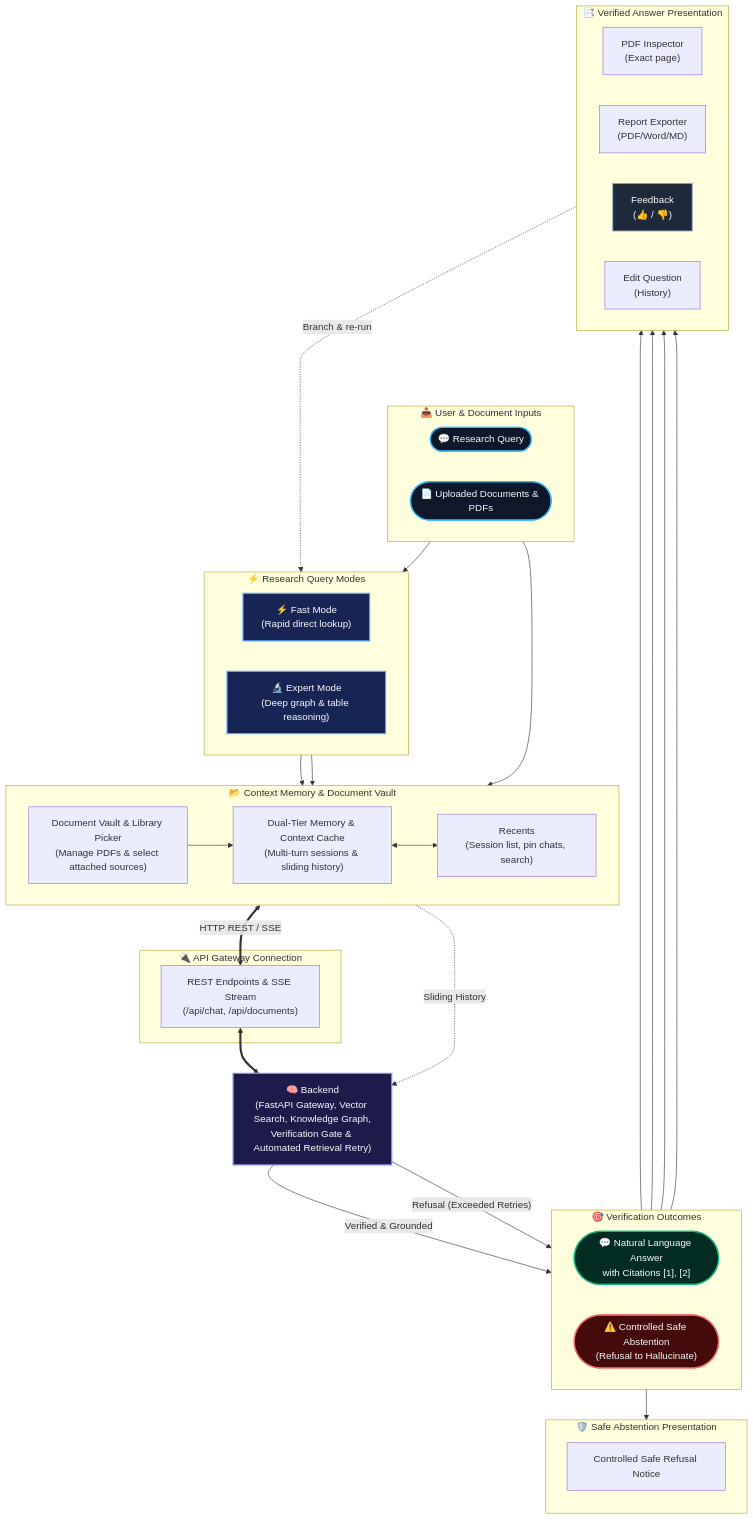
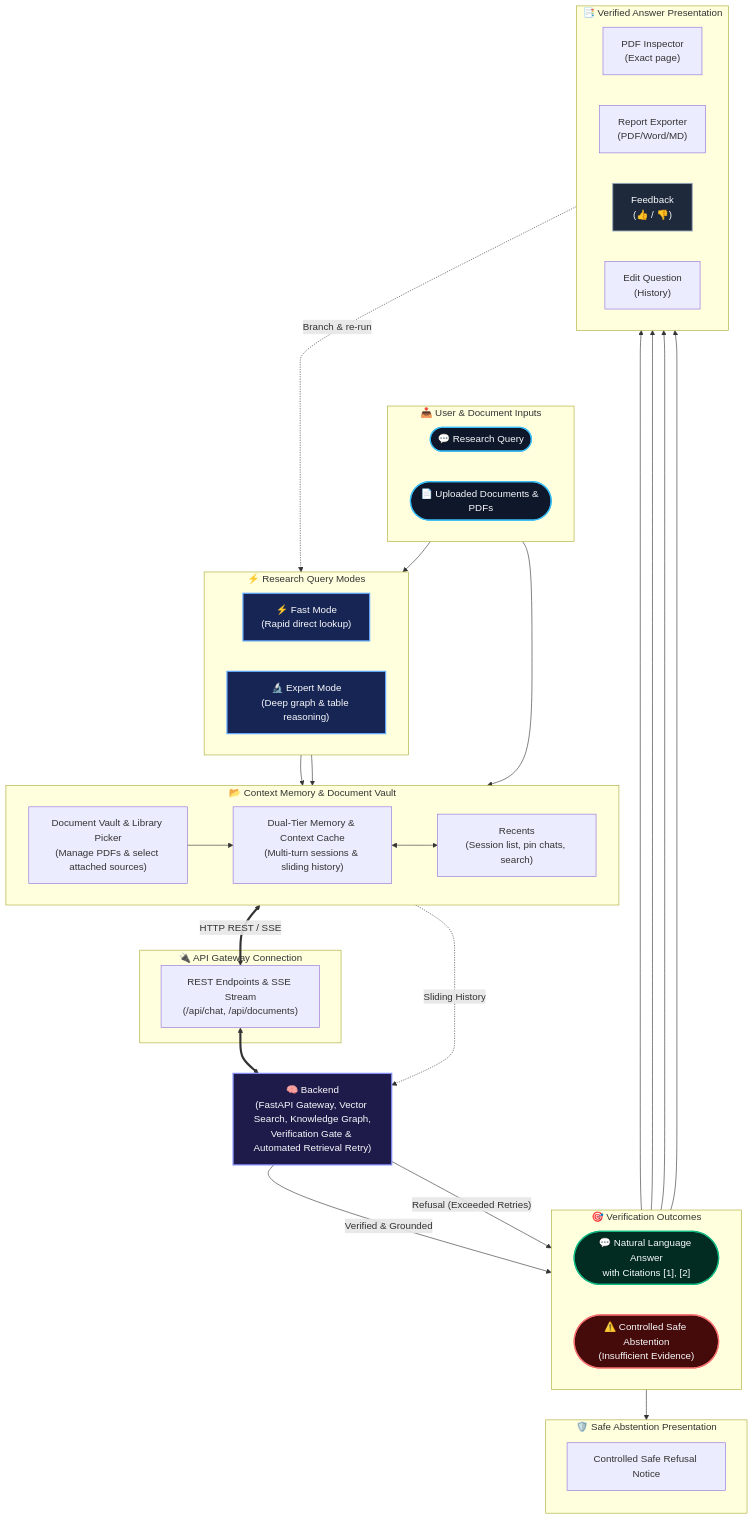
One commit to semanticClimate/RAISE changed the diagram in README.md. Above: the diagram before and after it, drawn with Mermaid. The commit also changed other lines of this file and 40 other files, not shown here.

```diff
--- a/README.md
+++ b/README.md
@@ -44,7 +44,7 @@
     subgraph FinalOutcomes ["🎯 Verification Outcomes"]
         direction LR
         FinalAnswer(["💬 Natural Language Answer\nwith Citations [1], [2]"]):::resultNode
-        SafeAbstain(["⚠️ Controlled Safe Abstention\n(Refusal to Hallucinate)"]):::abstainNode
+        SafeAbstain(["⚠️ Controlled Safe Abstention\n(Insufficient Evidence)"]):::abstainNode
     end
 
     %% 7. Balanced Presentation Panels
```
